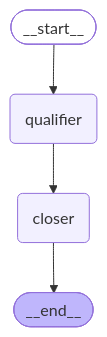
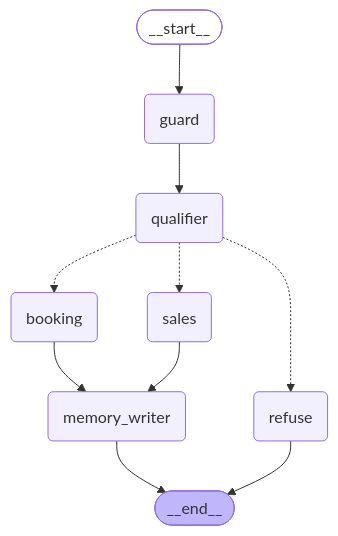
The second of 2 diagrams in docs/architecture.md (ahmedsiddiqui90/maqbool), drawn with Mermaid before and after one commit. The commit also changed other lines of this file and 1 other file, not shown here.

First line of the commit message:
Update README checklist and architecture doc to the built system

````diff
--- a/docs/architecture.md
+++ b/docs/architecture.md
@@ -53,13 +59,23 @@
 ```mermaid
 graph TD;
 	__start__([<p>__start__</p>]):::first
+	guard(guard)
 	qualifier(qualifier)
-	closer(closer)
+	sales(sales)
+	booking(booking)
+	refuse(refuse)
+	memory_writer(memory_writer)
 	__end__([<p>__end__</p>]):::last
-	__start__ --> qualifier;
-	qualifier --> closer;
-	closer --> __end__;
+	__start__ --> guard;
+	booking --> memory_writer;
+	guard --> qualifier;
+	qualifier -.-> booking;
+	qualifier -.-> refuse;
+	qualifier -.-> sales;
+	sales --> memory_writer;
+	memory_writer --> __end__;
+	refuse --> __end__;
 	classDef default fill:#f2f0ff,line-height:1.2
 	classDef first fill-opacity:0
 	classDef last fill:#bfb6fc
 ```
````
